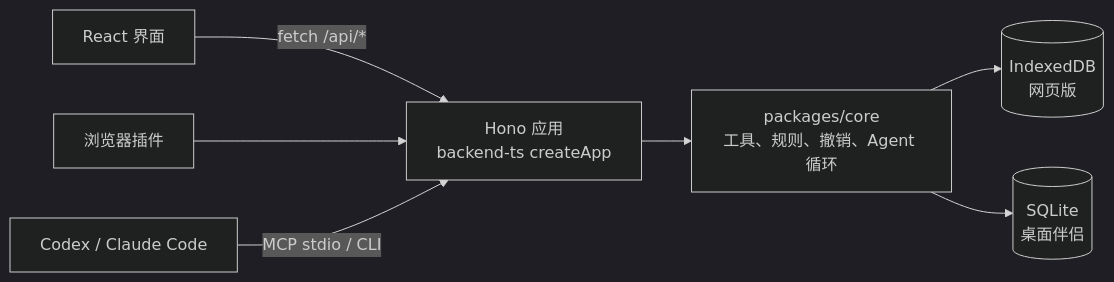
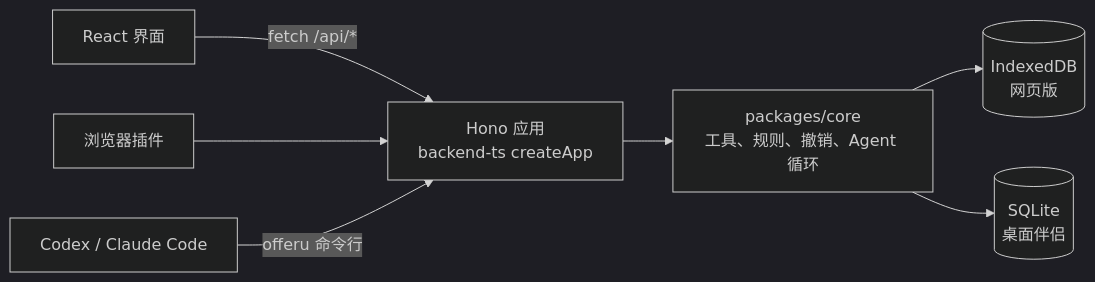
The diagram in README_ZH.md (avabbbb/OfferU), drawn with Mermaid (dark theme) before and after one commit. The commit also changed other lines of this file and 46 other files, not shown here.

First line of the commit message:
feat(cli)!: OfferU 只走命令行，移除 MCP

````diff
--- a/README_ZH.md
+++ b/README_ZH.md
@@ -293,9 +293,9 @@
 ```mermaid
 flowchart LR
     UI[React 界面] -->|fetch /api/*| APP[Hono 应用<br/>backend-ts createApp]
     EXT[浏览器插件] --> APP
-    AG[Codex / Claude Code] -->|MCP stdio / CLI| APP
+    AG[Codex / Claude Code] -->|offeru 命令行| APP
     APP --> CORE[packages/core<br/>工具、规则、撤销、Agent 循环]
     CORE --> IDB[(IndexedDB<br/>网页版)]
     CORE --> SQL[(SQLite<br/>桌面伴侣)]
 ```
````
